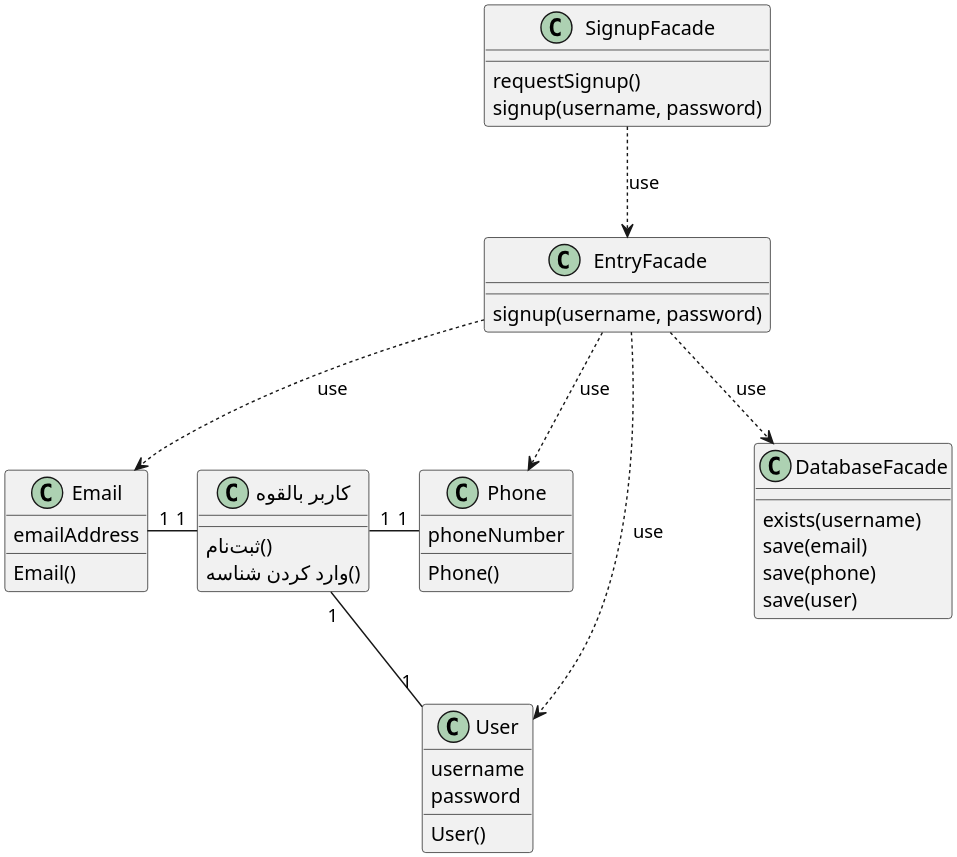
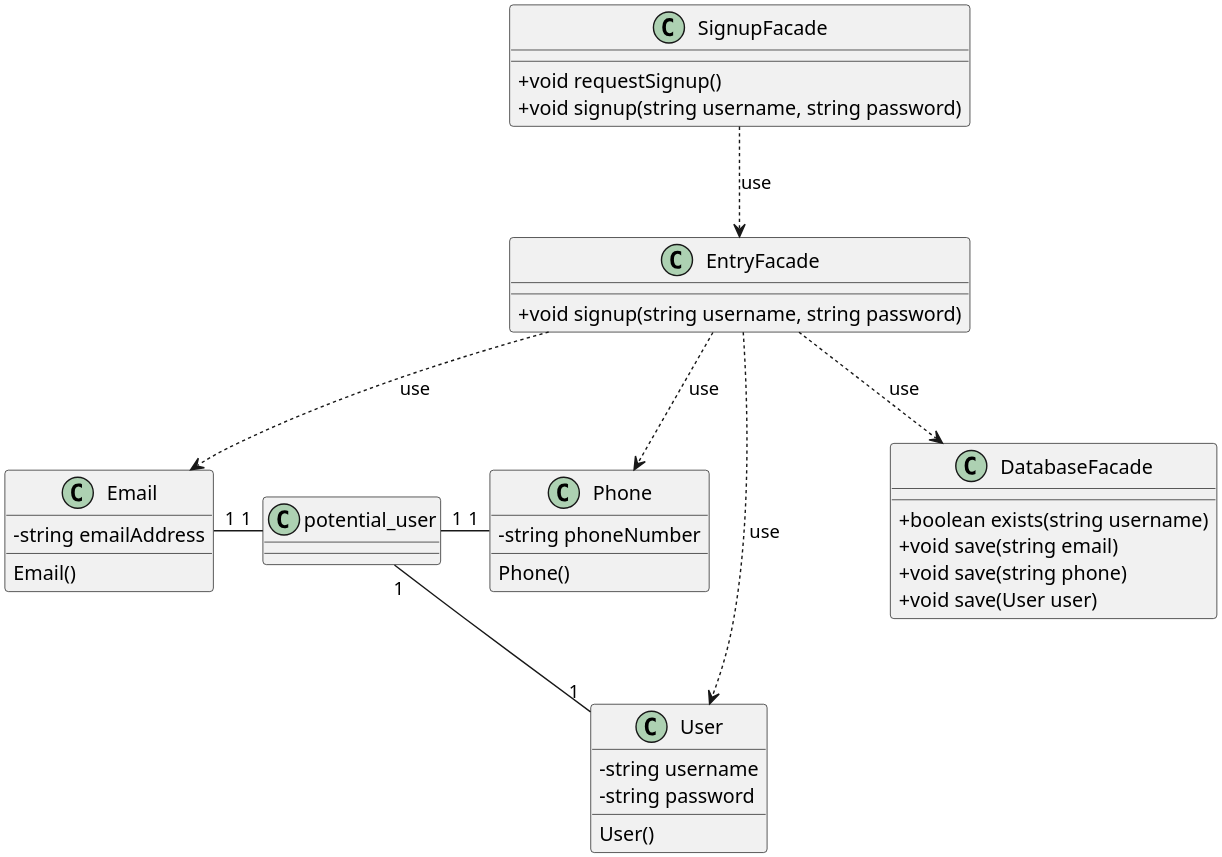
One commit to soleyman79/Qasedak changed the diagram in Diagrams/Design Class/Signup.puml. Above: the diagram before and after it, drawn with PlantUML.

Commit message:
Signup: add type and privacy

```diff
--- a/Diagrams/Design Class/Signup.puml
+++ b/Diagrams/Design Class/Signup.puml
@@ -1,53 +1,48 @@
 @startuml signup
 
 scale 3
 skinparam DefaultFontName B Nazanin
-
-
-class "کاربر بالقوه" as potential_user {
-    ثبت‌نام()
-    وارد کردن شناسه()
-}
+skinparam classAttributeIconSize 0
 
 class Email {
     Email()
-    emailAddress
+    -string emailAddress
 }
 
 class Phone {
-    phoneNumber
+    -string phoneNumber
     Phone()
 }
 
 class User{
-    username
-    password
+    -string username
+    -string password
     User()
 }
 
 class SignupFacade {
-    requestSignup()
-    signup(username, password)
+    +void requestSignup()
+    +void signup(string username, string password)
 }
 
 class EntryFacade {
-    signup(username, password)
+    +void signup(string username, string password)
 }
 
 class DatabaseFacade {
-    exists(username)
-    save(email)
-    save(phone)
-    save(user)
+    +boolean exists(string username)
+    +void save(string email)
+    +void save(string phone)
+    +void save(User user)
 }
 
 potential_user "1" -left- "1" Email
 potential_user "1" -right- "1" Phone
 potential_user "1" -down- "1" User
 EntryFacade ..> DatabaseFacade :use
 EntryFacade ..> Email :use
 EntryFacade ..> Phone :use
 EntryFacade ..> User :use
 SignupFacade ..> EntryFacade :use
 
 @enduml
```
